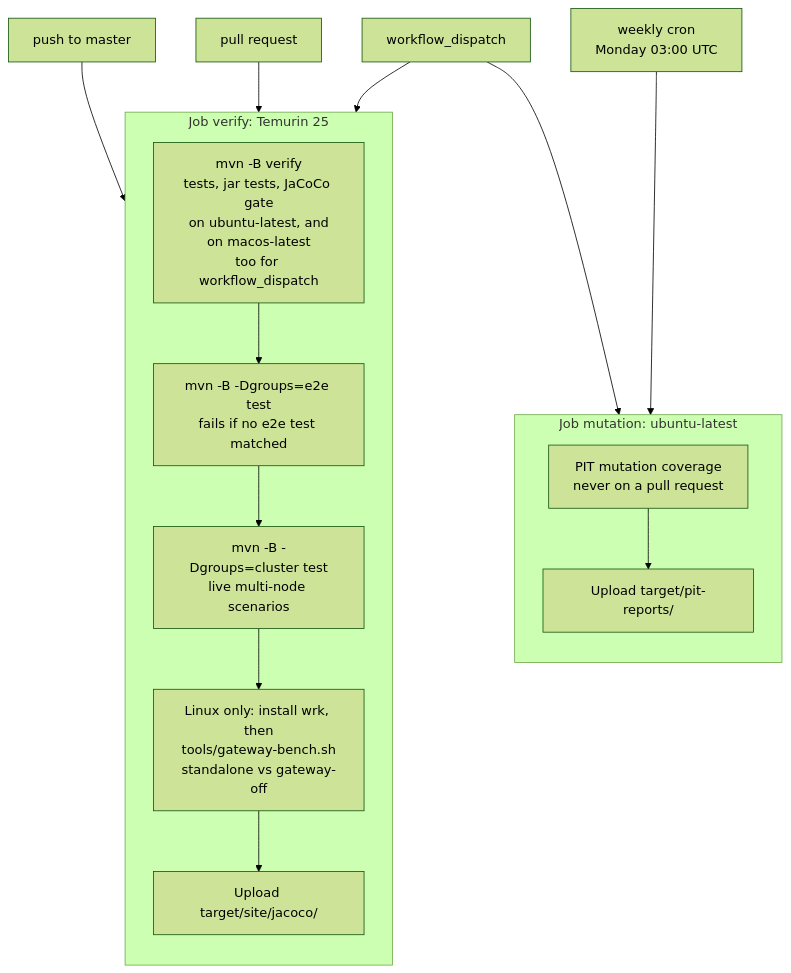
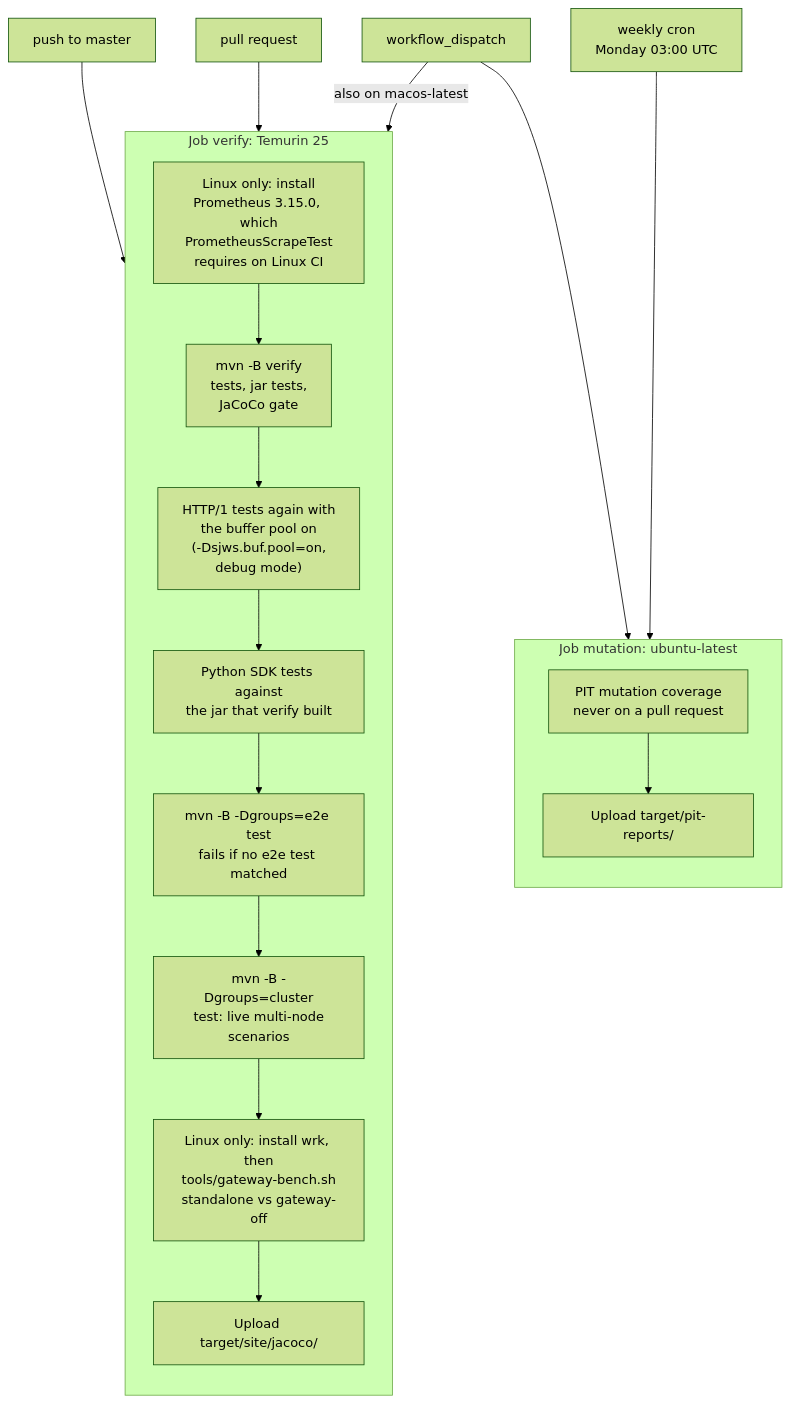
The diagram in docs/development/integration-tests.md (BlivionIaG/sjws_nettask), drawn with Mermaid (forest theme) before and after one commit. The commit also changed other lines of this file and 5 other files, not shown here.

First line of the commit message:
docs: refresh core, CI and buffer-pool diagrams for the new master

````diff
--- a/docs/development/integration-tests.md
+++ b/docs/development/integration-tests.md
@@ -178,18 +178,18 @@
 ```mermaid
 flowchart TB
     push["push to master"] --> verify
     pr["pull request"] --> verify
-    wd["workflow_dispatch"] --> verify
+    wd["workflow_dispatch"] -->|"also on macos-latest"| verify
     wd --> mut
     cron["weekly cron<br/>Monday 03:00 UTC"] --> mut
 
     subgraph verify["Job verify: Temurin 25"]
         direction TB
-        v1["mvn -B verify<br/>tests, jar tests, JaCoCo gate<br/>on ubuntu-latest, and<br/>on macos-latest<br/>too for workflow_dispatch"] --> v2["mvn -B -Dgroups=e2e test<br/>fails if no e2e test matched"] --> v3["mvn -B -Dgroups=cluster test<br/>live multi-node scenarios"] --> v4["Linux only: install wrk, then<br/>tools/gateway-bench.sh<br/>standalone vs gateway-off"] --> v5["Upload target/site/jacoco/"]
+        v0["Linux only: install<br/>Prometheus 3.15.0, which<br/>PrometheusScrapeTest<br/>requires on Linux CI"] --> v1["mvn -B verify<br/>tests, jar tests,<br/>JaCoCo gate"] --> v1b["HTTP/1 tests again with<br/>the buffer pool on<br/>(-Dsjws.buf.pool=on,<br/>debug mode)"] --> v1c["Python SDK tests against<br/>the jar that verify built"] --> v2["mvn -B -Dgroups=e2e test<br/>fails if no e2e test matched"] --> v3["mvn -B -Dgroups=cluster<br/>test: live multi-node<br/>scenarios"] --> v4["Linux only: install wrk, then<br/>tools/gateway-bench.sh<br/>standalone vs gateway-off"] --> v5["Upload target/site/jacoco/"]
     end
 
     subgraph mut["Job mutation: ubuntu-latest"]
         direction TB
         m1["PIT mutation coverage<br/>never on a pull request"] --> m2["Upload target/pit-reports/"]
     end
 ```
````
